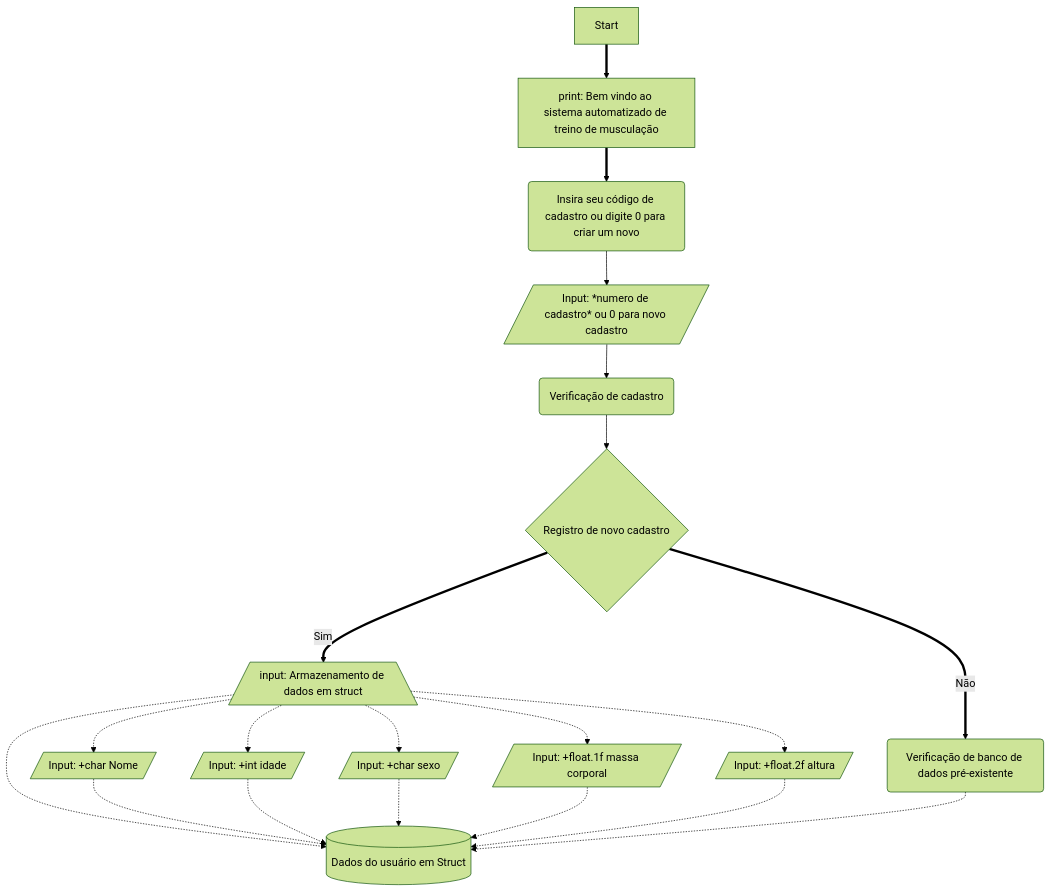
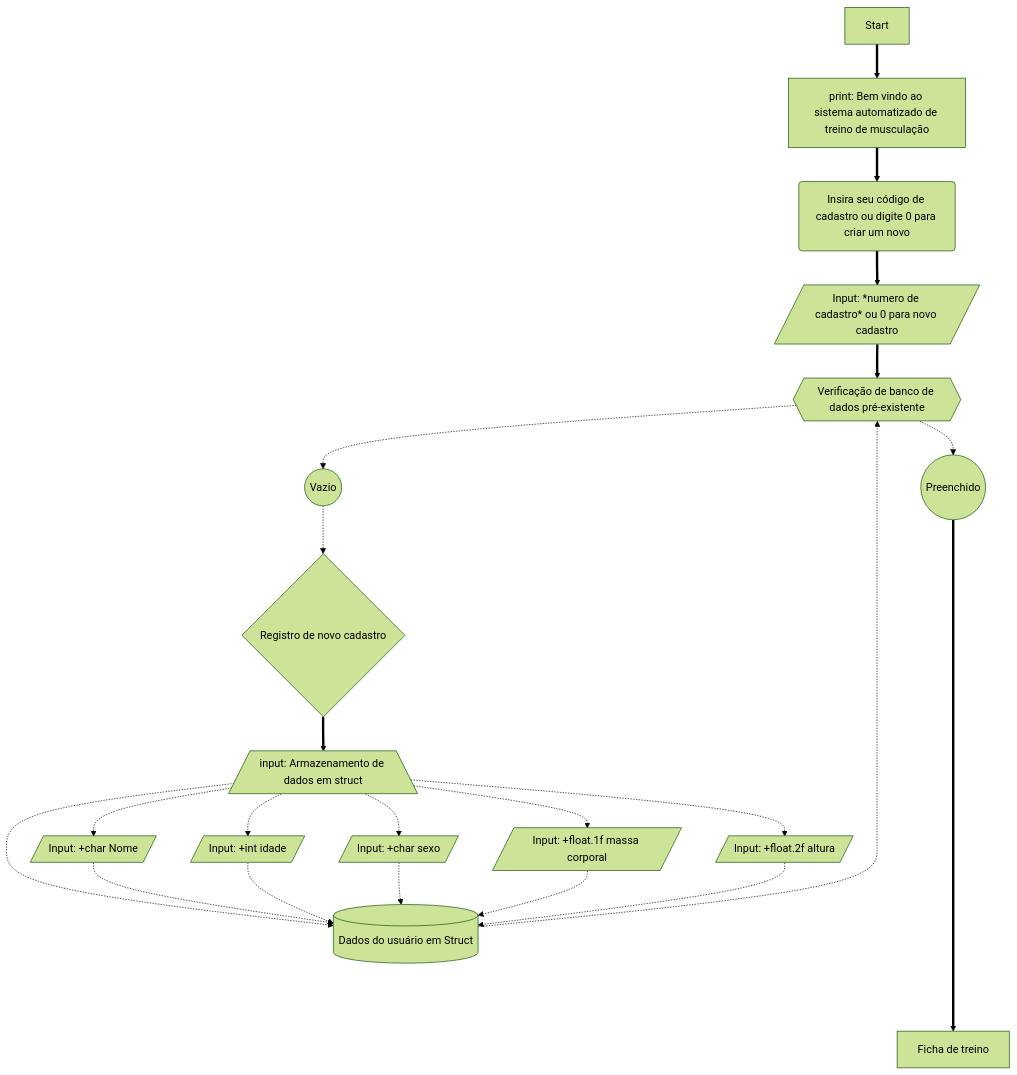
The second of 2 diagrams in readme.MD (caio-passos/fichaacademia), drawn with Mermaid (forest theme) before and after one commit. The commit also changed 22 other files, not shown here.

````diff
--- a/readme.MD
+++ b/readme.MD
@@ -62,33 +62,39 @@
 ```mermaid    
     flowchart TD
     Start ==> id1[print: Bem vindo ao sistema automatizado de treino de musculação]
     id1 ==> id2(Insira seu código de cadastro ou digite 0 para criar um novo)
-    id2 -->id3
+    id2 ==>id3
     id3[/Input: *numero de cadastro* ou 0 para novo cadastro/]
-    id3 --> id4
-    id4(Verificação de cadastro)
-    id4 --> id5
+    id3 ==> id4
+    id4{{Verificação de banco de dados pré-existente}}
+    id0 -.-> id4
+    id4 -.-> id13((Preenchido)) & id14((Vazio))
+    
+    id14-.-> id5
     id5{Registro de novo cadastro}
-    id5 ==> |Sim| id6   
-    id5 ==> |Não| id7
+    id5 ==> id6   
     id6[/input: Armazenamento de dados em struct\]
-    id7(Verificação de banco de dados pré-existente)
+    
     id0[(Dados do usuário em Struct)]
-    id6 & id7 -.-> id0
+    id6  -.-> id0
     id6 -.-> id8 & id9 & id10 & id11 & id12
     id8 -.-> id0
     id9 -.-> id0
     id10 -.-> id0
     id11 -.-> id0
     id12 -.-> id0
+  
     
     id8[/Input: +char Nome/]
     id9[/Input: +int idade/]
     id10[/Input: +char sexo/]
     id11[/Input: +float.1f massa corporal/]
     id12[/Input: +float.2f altura/]
     
+    id13 =======> id[Ficha de treino]
+    
+    
     
 
     
  ```
````
